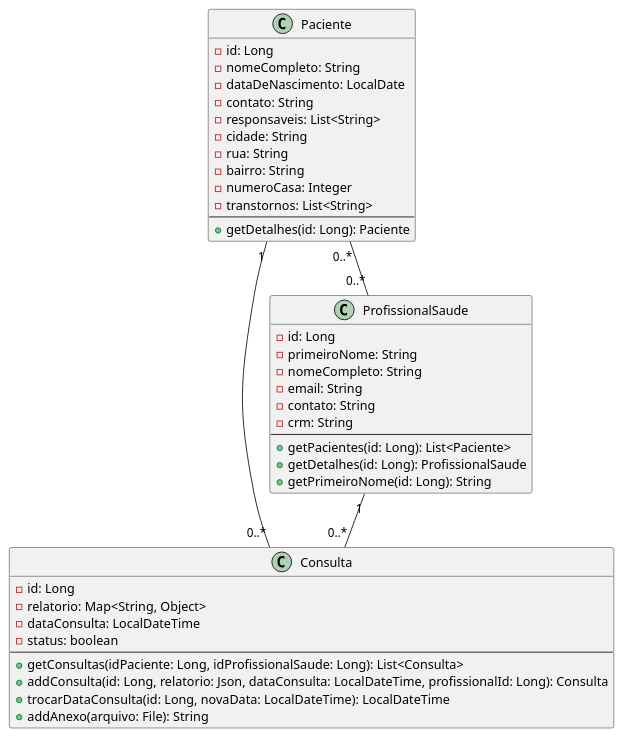
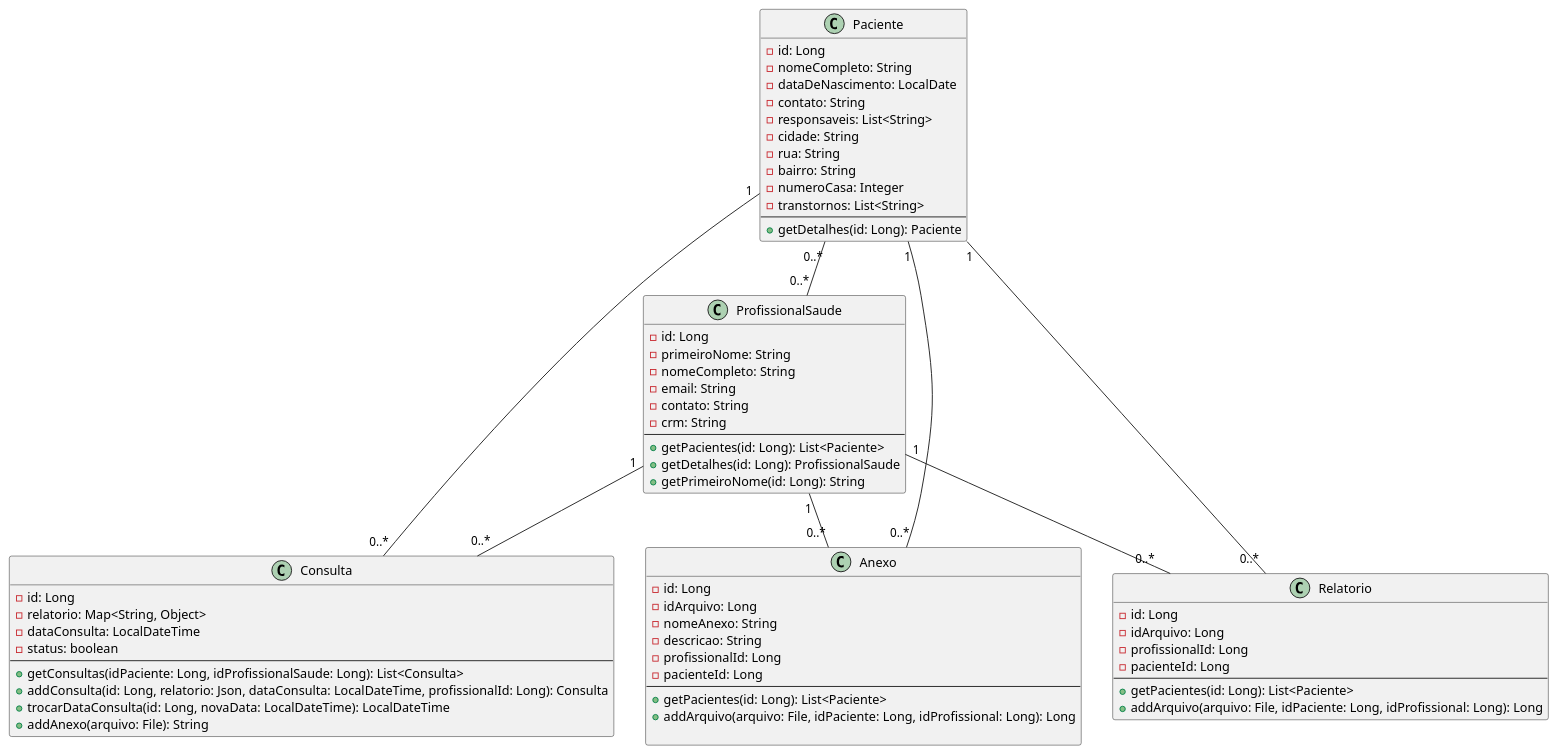
One commit to IFPBEsp/APAE-atendimento changed the diagram in docs/diagrama_de_classes.puml. Above: the diagram before and after it, drawn with PlantUML. The commit also changed 3 other files, not shown here.

Commit message:
Atualização do diagrama de classe com svg

```diff
--- a/docs/diagrama_de_classes.puml
+++ b/docs/diagrama_de_classes.puml
@@ -1,47 +1,75 @@
 @startuml
 
 class Paciente {
     - id: Long
     - nomeCompleto: String
     - dataDeNascimento: LocalDate
     - contato: String
     - responsaveis: List<String>
     - cidade: String
     - rua: String
     - bairro: String
     - numeroCasa: Integer
     - transtornos: List<String>
     --
     + getDetalhes(id: Long): Paciente
 }
 
 class Consulta {
     - id: Long
     - relatorio: Map<String, Object>
     - dataConsulta: LocalDateTime
     - status: boolean
     --
     + getConsultas(idPaciente: Long, idProfissionalSaude: Long): List<Consulta>
     + addConsulta(id: Long, relatorio: Json, dataConsulta: LocalDateTime, profissionalId: Long): Consulta
     + trocarDataConsulta(id: Long, novaData: LocalDateTime): LocalDateTime
     + addAnexo(arquivo: File): String
 }
 
 class ProfissionalSaude {
     - id: Long
     - primeiroNome: String
     - nomeCompleto: String
     - email: String
     - contato: String
     - crm: String
     --
     + getPacientes(id: Long): List<Paciente>
     + getDetalhes(id: Long): ProfissionalSaude
     + getPrimeiroNome(id: Long): String
 }
 
+
+class Anexo {
+    - id: Long
+    - idArquivo: Long
+    - nomeAnexo: String
+    - descricao: String
+    - profissionalId: Long
+    - pacienteId: Long
+    --
+    + getPacientes(id: Long): List<Paciente>
+    + addArquivo(arquivo: File, idPaciente: Long, idProfissional: Long): Long
+
+}
+
+class Relatorio {
+    - id: Long
+    - idArquivo: Long
+    - profissionalId: Long
+    - pacienteId: Long
+    --
+    + getPacientes(id: Long): List<Paciente>
+    + addArquivo(arquivo: File, idPaciente: Long, idProfissional: Long): Long
+}
+
 Paciente "1" -- "0..*" Consulta
 ProfissionalSaude "1" -- "0..*" Consulta
 Paciente "0..*" -- "0..*" ProfissionalSaude
+Anexo "0..*" -- "1" Paciente
+Paciente "1" -- "0..*" Relatorio
+ProfissionalSaude "1" -- "0..*" Relatorio
+ProfissionalSaude "1" -- "0..*" Anexo
 
 @enduml
```
